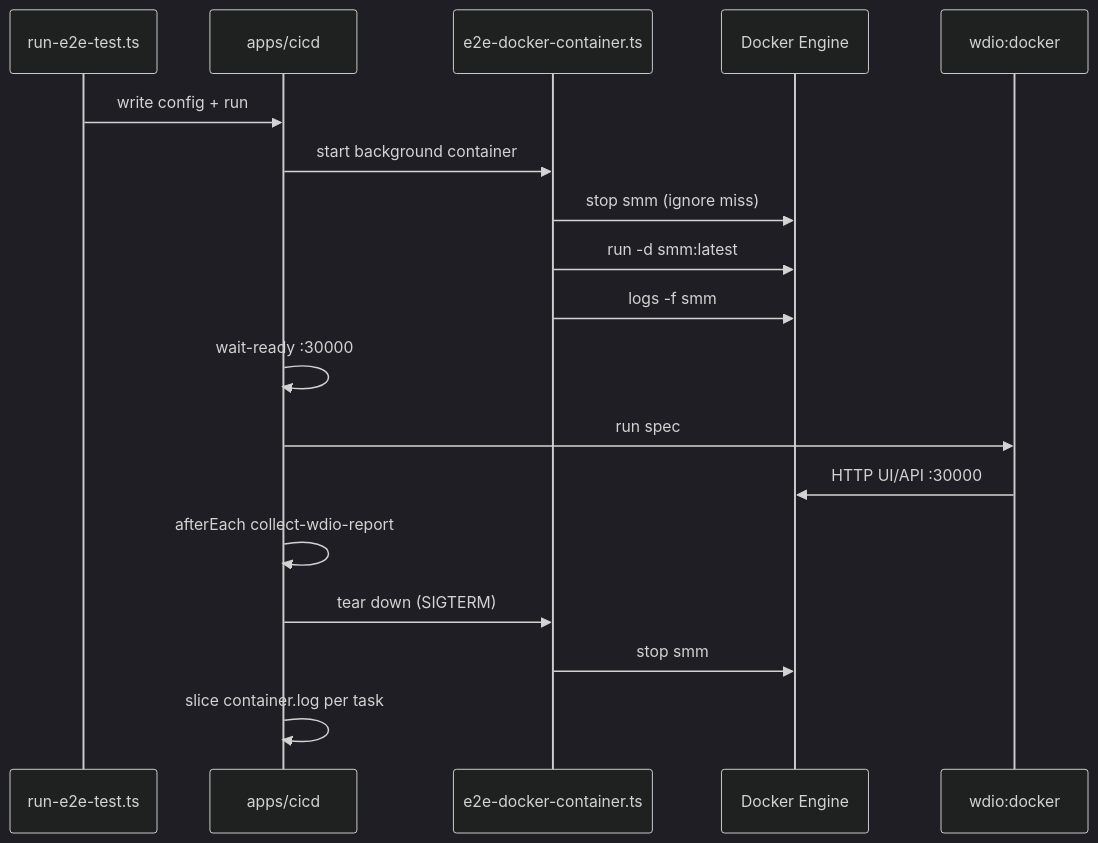
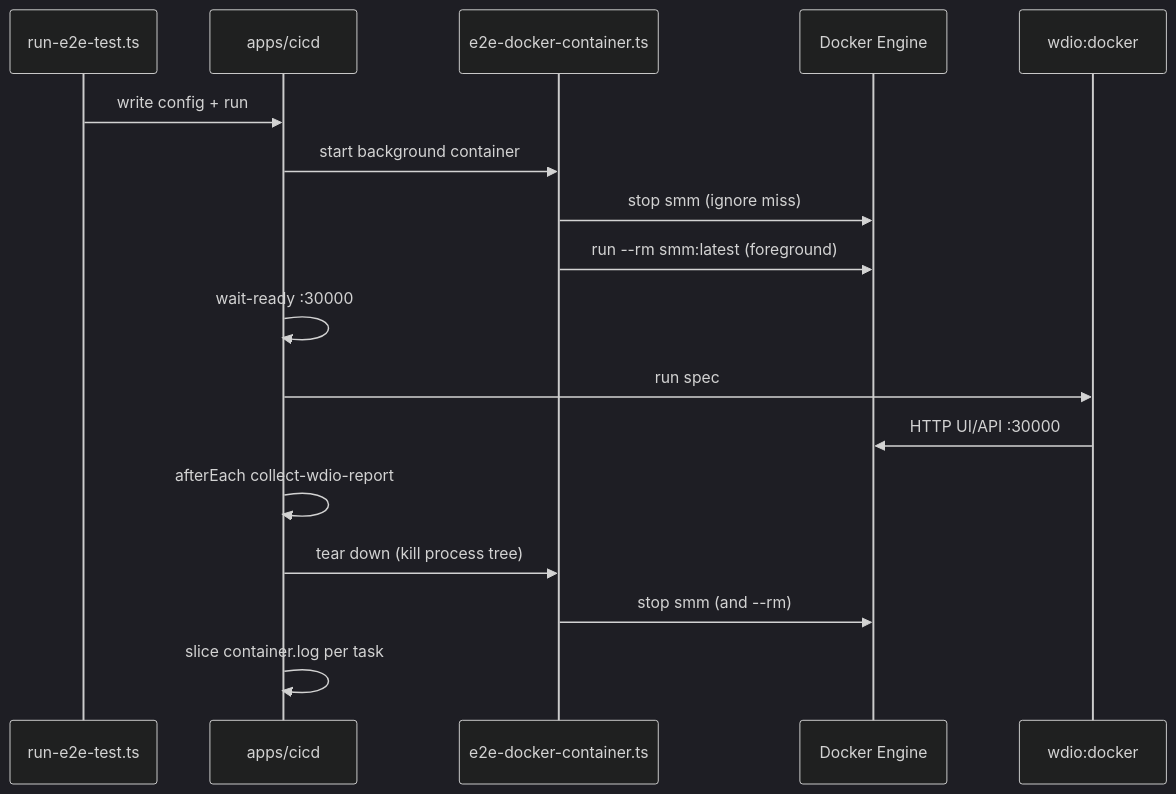
Before and after one commit to lawrenceching/SMM: the diagram in docs/superpowers/specs/2026-07-29-docker-e2e-platform-design.md, drawn with Mermaid (dark theme). The commit also changed other lines of this file and 2 other files, not shown here.

Commit message:
fix(ci): run docker e2e container in foreground for reliable teardown

````diff
--- a/docs/superpowers/specs/2026-07-29-docker-e2e-platform-design.md
+++ b/docs/superpowers/specs/2026-07-29-docker-e2e-platform-design.md
@@ -100,21 +99,20 @@
 ```mermaid
 sequenceDiagram
   participant Runner as run-e2e-test.ts
   participant CICD as apps/cicd
   participant BG as e2e-docker-container.ts
   participant Docker as Docker Engine
   participant WDIO as wdio:docker
 
   Runner->>CICD: write config + run
   CICD->>BG: start background container
   BG->>Docker: stop smm (ignore miss)
-  BG->>Docker: run -d smm:latest
-  BG->>Docker: logs -f smm
+  BG->>Docker: run --rm smm:latest (foreground)
   CICD->>CICD: wait-ready :30000
   CICD->>WDIO: run spec
   WDIO->>Docker: HTTP UI/API :30000
   CICD->>CICD: afterEach collect-wdio-report
-  CICD->>BG: tear down (SIGTERM)
-  BG->>Docker: stop smm
+  CICD->>BG: tear down (kill process tree)
+  BG->>Docker: stop smm (and --rm)
   CICD->>CICD: slice container.log per task
 ```
````
